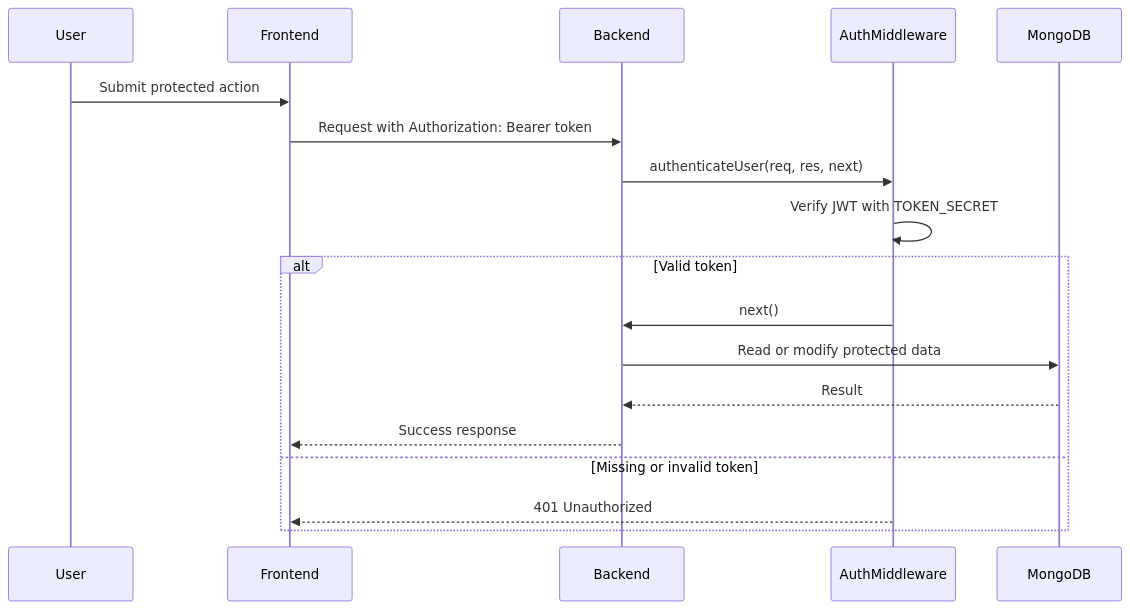
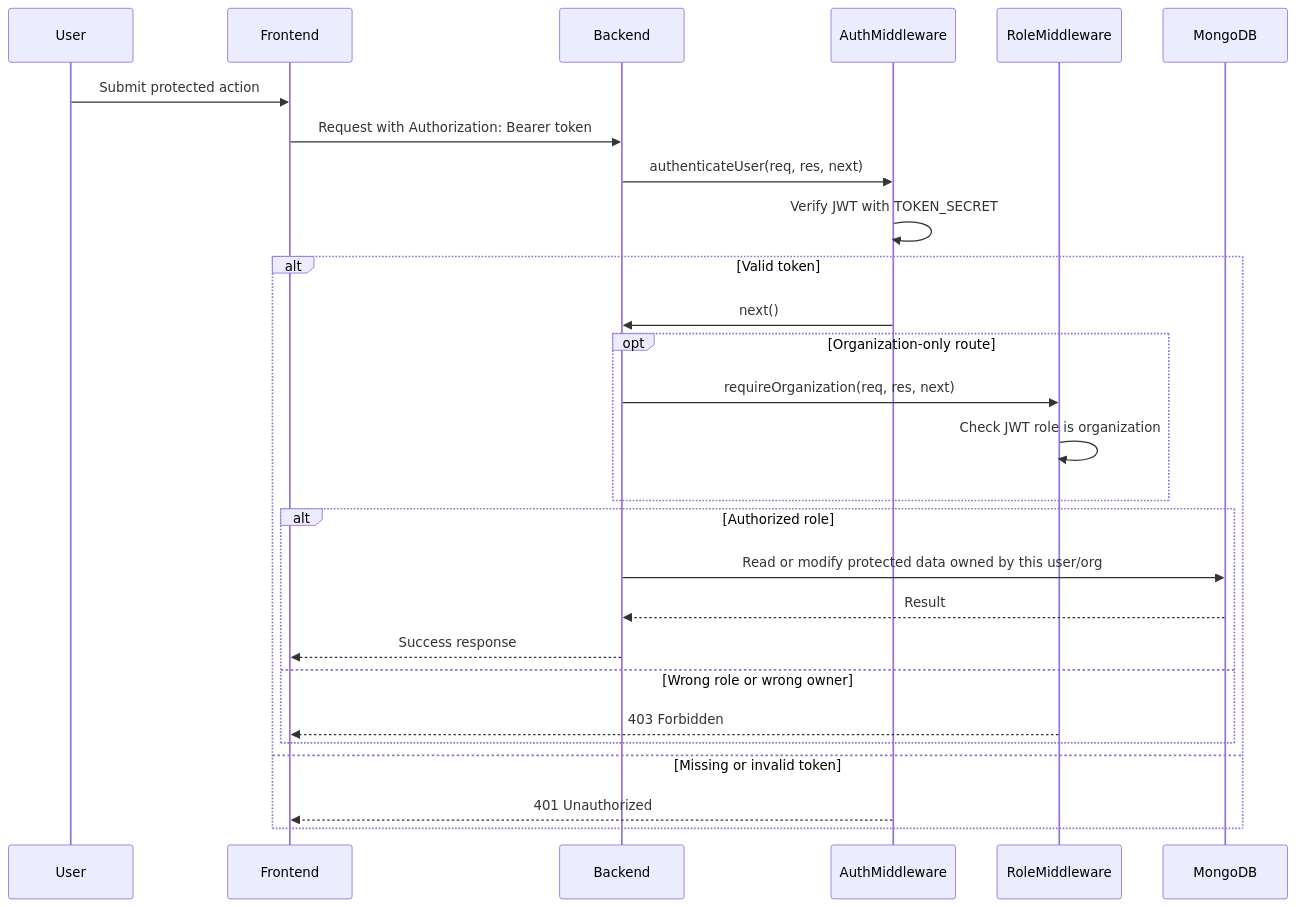
One commit to jaydonkc/gitgoblins_project changed the third of 3 diagrams in README.md. Above: the diagram before and after it, drawn with Mermaid. The commit also changed other lines of this file and 10 other files, not shown here.

````diff
--- a/README.md
+++ b/README.md
@@ -105,22 +105,31 @@
 ```mermaid
 sequenceDiagram
   participant User
   participant Frontend
   participant Backend
   participant AuthMiddleware
+  participant RoleMiddleware
   participant MongoDB
 
   User->>Frontend: Submit protected action
   Frontend->>Backend: Request with Authorization: Bearer token
   Backend->>AuthMiddleware: authenticateUser(req, res, next)
   AuthMiddleware->>AuthMiddleware: Verify JWT with TOKEN_SECRET
 
   alt Valid token
     AuthMiddleware->>Backend: next()
-    Backend->>MongoDB: Read or modify protected data
-    MongoDB-->>Backend: Result
-    Backend-->>Frontend: Success response
+    opt Organization-only route
+      Backend->>RoleMiddleware: requireOrganization(req, res, next)
+      RoleMiddleware->>RoleMiddleware: Check JWT role is organization
+    end
+    alt Authorized role
+      Backend->>MongoDB: Read or modify protected data owned by this user/org
+      MongoDB-->>Backend: Result
+      Backend-->>Frontend: Success response
+    else Wrong role or wrong owner
+      RoleMiddleware-->>Frontend: 403 Forbidden
+    end
   else Missing or invalid token
     AuthMiddleware-->>Frontend: 401 Unauthorized
   end
 ```
````
